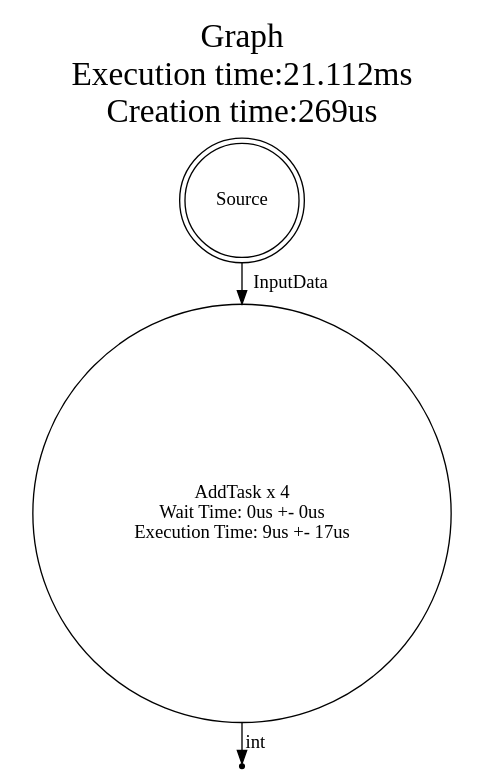
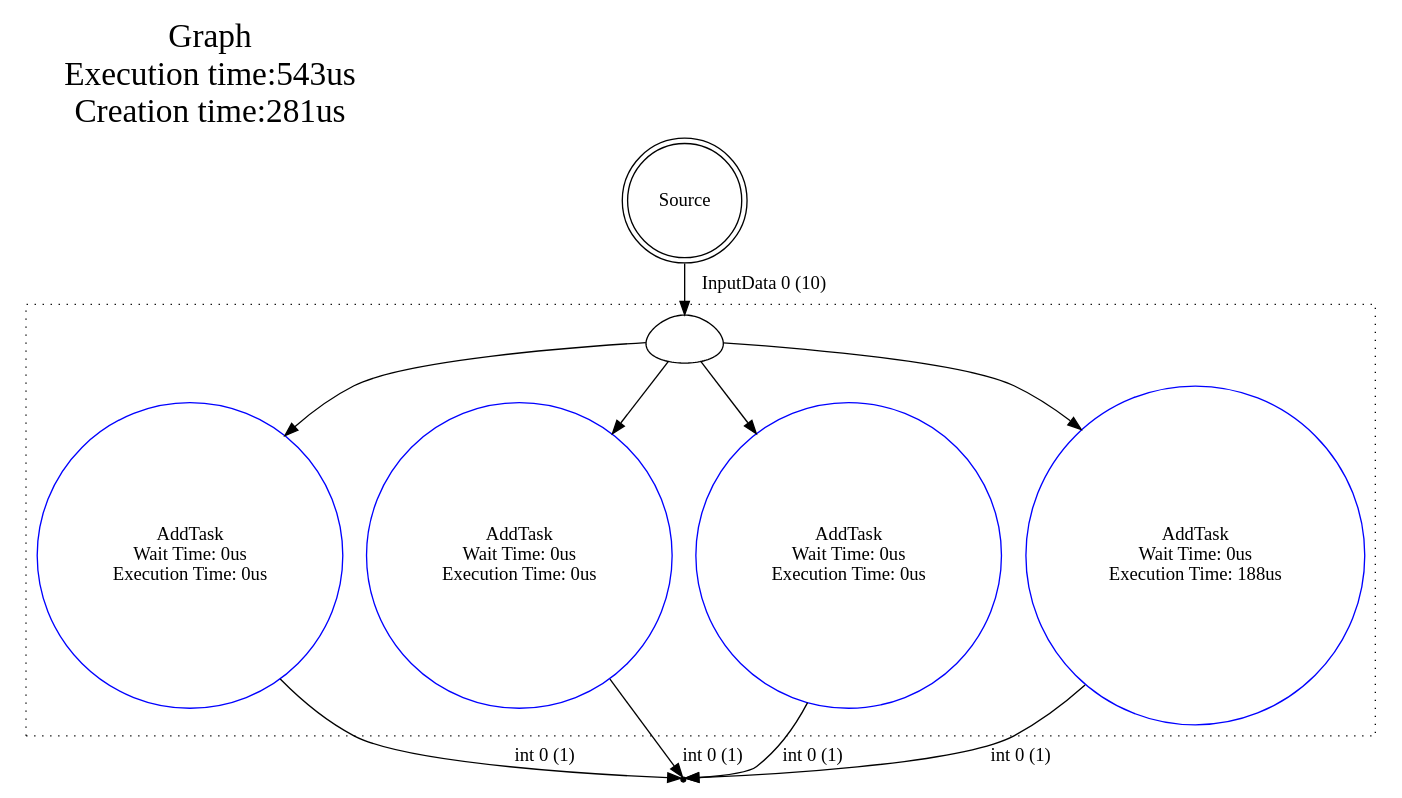
Before and after one commit to Henok-tasissa/HedgeHog-AddTask: the diagram in cmake-build-debug-gcc-8/AddTask.dot, drawn with Graphviz. The commit also changed 4 other files, not shown here.

```diff
--- a/cmake-build-debug-gcc-8/AddTask.dot
+++ b/cmake-build-debug-gcc-8/AddTask.dot
@@ -1,8 +1,22 @@
-digraph x0x559bfc9f15b0 {
-label="Graph\nExecution time:21.112ms\nCreation time:269us"; fontsize=25; penwidth=5; ranksep=0; labelloc=top; labeljust=left;
-x0x559bfc9f0f68 [label="AddTask x 4\nWait Time: 0us +- 0us\nExecution Time: 9us +- 17us",shape=circle];
-x0x559bfc9f1828 [label="Source", shape=doublecircle];
-x0x559bfc9f1a58 [label="Sink",shape=point];
-x0x559bfc9f0f68 -> x0x559bfc9f1a58[label="int"];
-x0x559bfc9f1828 -> x0x559bfc9f0f68[label="InputData"];
+digraph x0x55c5749aa5b0 {
+label="Graph\nExecution time:543us\nCreation time:281us"; fontsize=25; penwidth=5; ranksep=0; labelloc=top; labeljust=left;
+subgraph clusterx0x55c5749a9f68 {
+label=""; penwidth=1; style=dotted;
+boxx0x55c5749a9f68[label="", shape=egg];
+x0x55c5749a9f68 [label="AddTask\nWait Time: 0us\nExecution Time: 0us",shape=circle,color="#0000ff"];
+x0x55c5749ab428 [label="AddTask\nWait Time: 0us\nExecution Time: 0us",shape=circle,color="#0000ff"];
+x0x55c5749abae8 [label="AddTask\nWait Time: 0us\nExecution Time: 0us",shape=circle,color="#0000ff"];
+x0x55c5749abd78 [label="AddTask\nWait Time: 0us\nExecution Time: 188us",shape=circle,color="#0000ff"];
 }
+x0x55c5749aa828 [label="Source", shape=doublecircle];
+x0x55c5749aaa58 [label="Sink",shape=point];
+boxx0x55c5749a9f68 -> x0x55c5749a9f68
+x0x55c5749a9f68 -> x0x55c5749aaa58[label="int 0 (1)",ltail=clusterx0x55c5749a9f68];
+boxx0x55c5749a9f68 -> x0x55c5749ab428
+x0x55c5749ab428 -> x0x55c5749aaa58[label="int 0 (1)",ltail=clusterx0x55c5749a9f68];
+boxx0x55c5749a9f68 -> x0x55c5749abae8
+x0x55c5749abae8 -> x0x55c5749aaa58[label="int 0 (1)",ltail=clusterx0x55c5749a9f68];
+boxx0x55c5749a9f68 -> x0x55c5749abd78
+x0x55c5749abd78 -> x0x55c5749aaa58[label="int 0 (1)",ltail=clusterx0x55c5749a9f68];
+x0x55c5749aa828 -> boxx0x55c5749a9f68[label="InputData 0 (10)",lhead=clusterx0x55c5749a9f68];
+}
```
